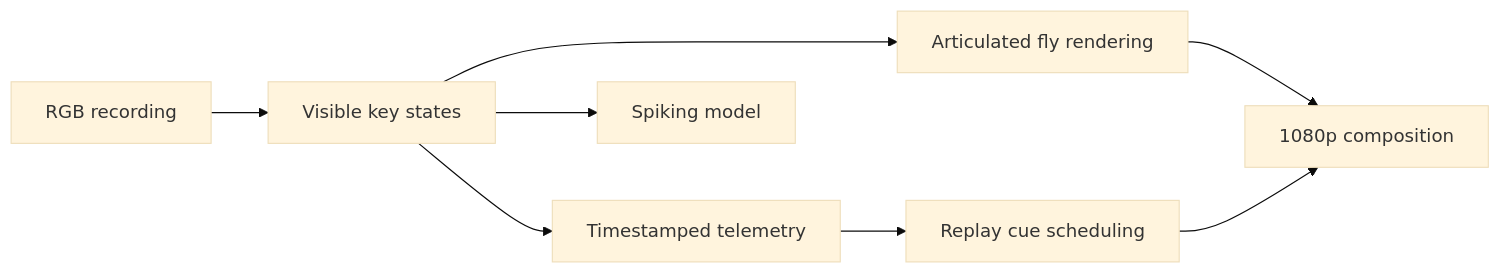
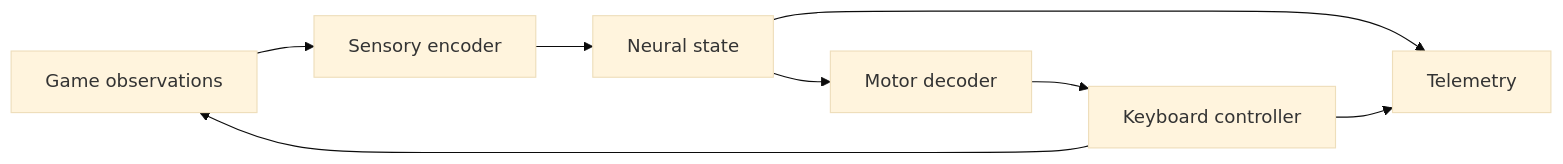
The diagram in README.md (bubblik525/elden_ring), drawn with Mermaid (base theme) before and after one commit. The commit also changed other lines of this file and 1 other file, not shown here.

Commit message:
Document future FlyBrain controller architecture and integration roadmap

````diff
--- a/README.md
+++ b/README.md
@@ -70,10 +23,10 @@
 ```mermaid
 flowchart LR
-  V[RGB recording] --> K[Visible key states]
-  K --> T[Timestamped telemetry]
-  K --> N[Spiking model]
-  K --> F[Articulated fly rendering]
-  T --> C[Replay cue scheduling]
-  F --> R[1080p composition]
-  C --> R
+  G[Game observations] --> S[Sensory encoder]
+  S --> N[Neural state]
+  N --> M[Motor decoder]
+  M --> K[Keyboard controller]
+  K --> G
+  N --> T[Telemetry]
+  K --> T
 ```
````
